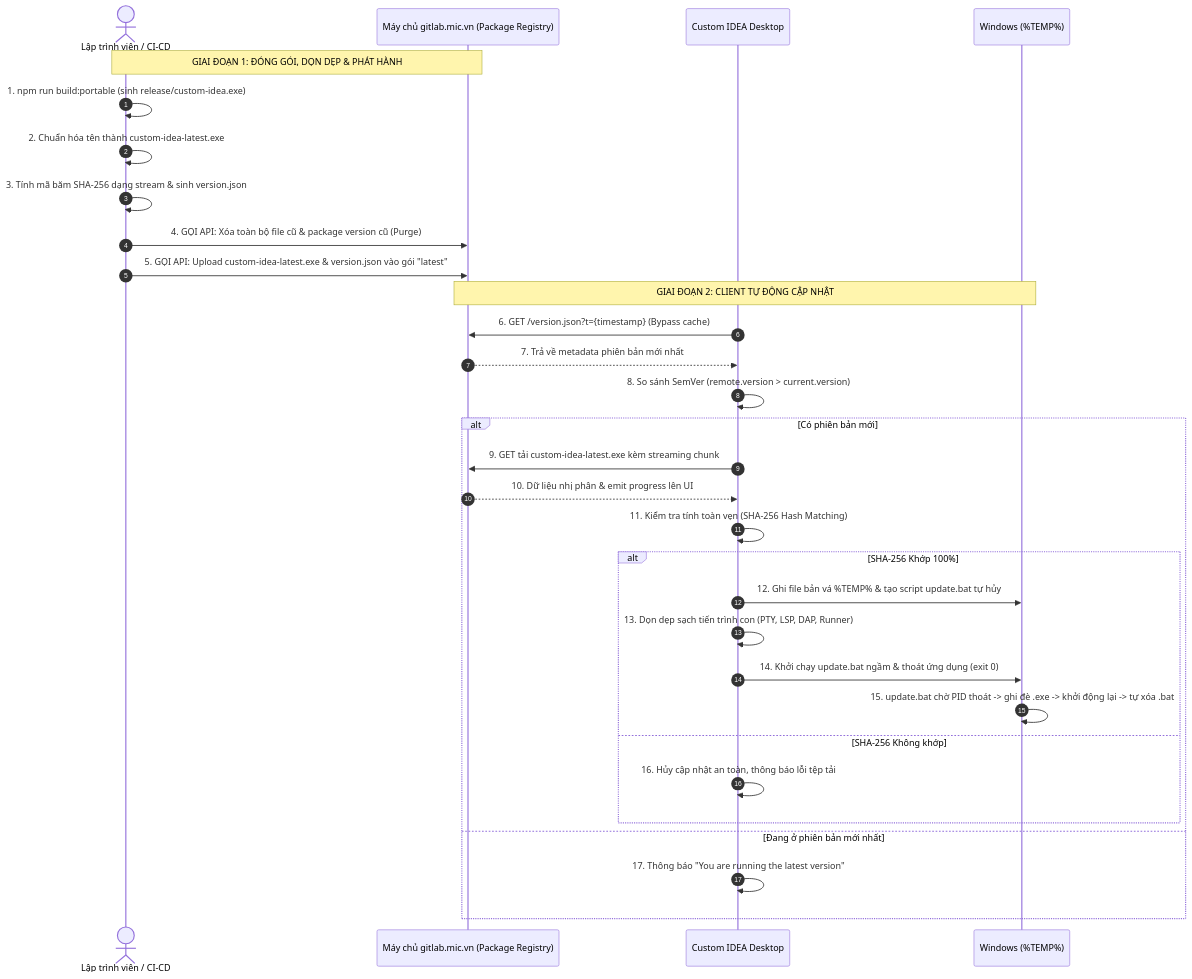
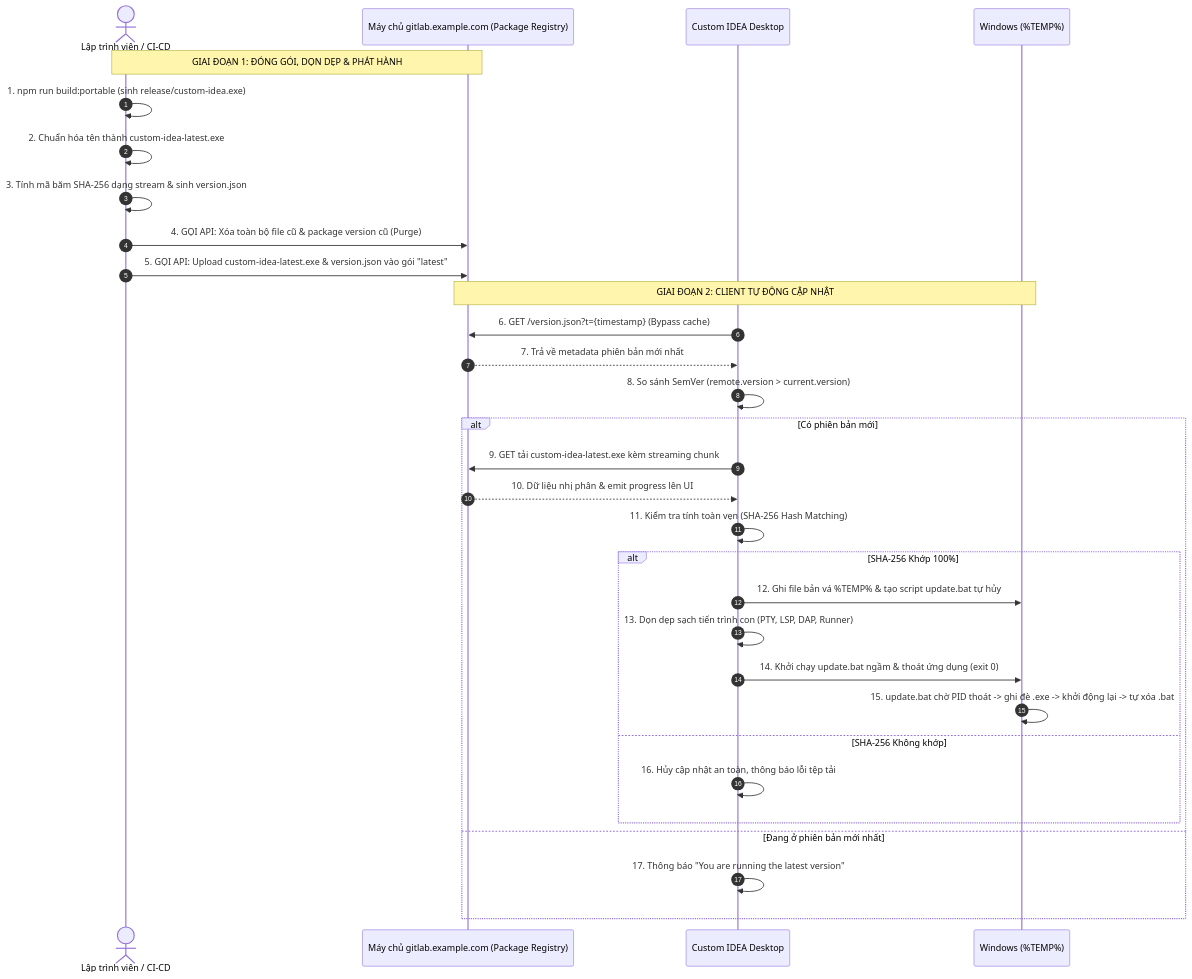
The diagram in plans/auto-update-system/plan.md (TungTn/Custom-IDEA), drawn with Mermaid before and after one commit. The commit also changed other lines of this file and 20 other files, not shown here.

````diff
--- a/plans/auto-update-system/plan.md
+++ b/plans/auto-update-system/plan.md
@@ -50,37 +50,37 @@
 ```mermaid
 sequenceDiagram
     autonumber
     actor Dev as Lập trình viên / CI-CD
-    participant Git as Máy chủ gitlab.mic.vn (Package Registry)
+    participant Git as Máy chủ gitlab.example.com (Package Registry)
     participant Client as Custom IDEA Desktop
     participant OS as Windows (%TEMP%)
 
     Note over Dev,Git: GIAI ĐOẠN 1: ĐÓNG GÓI, DỌN DẸP & PHÁT HÀNH
     Dev->>Dev: 1. npm run build:portable (sinh release/custom-idea.exe)
     Dev->>Dev: 2. Chuẩn hóa tên thành custom-idea-latest.exe
     Dev->>Dev: 3. Tính mã băm SHA-256 dạng stream & sinh version.json
     Dev->>Git: 4. GỌI API: Xóa toàn bộ file cũ & package version cũ (Purge)
     Dev->>Git: 5. GỌI API: Upload custom-idea-latest.exe & version.json vào gói "latest"
 
     Note over Git,OS: GIAI ĐOẠN 2: CLIENT TỰ ĐỘNG CẬP NHẬT
     Client->>Git: 6. GET /version.json?t={timestamp} (Bypass cache)
     Git-->>Client: 7. Trả về metadata phiên bản mới nhất
     Client->>Client: 8. So sánh SemVer (remote.version > current.version)
     
     alt Có phiên bản mới
         Client->>Git: 9. GET tải custom-idea-latest.exe kèm streaming chunk
         Git-->>Client: 10. Dữ liệu nhị phân & emit progress lên UI
         Client->>Client: 11. Kiểm tra tính toàn vẹn (SHA-256 Hash Matching)
         
         alt SHA-256 Khớp 100%
             Client->>OS: 12. Ghi file bản vá %TEMP% & tạo script update.bat tự hủy
             Client->>Client: 13. Dọn dẹp sạch tiến trình con (PTY, LSP, DAP, Runner)
             Client->>OS: 14. Khởi chạy update.bat ngầm & thoát ứng dụng (exit 0)
             OS->>OS: 15. update.bat chờ PID thoát -> ghi đè .exe -> khởi động lại -> tự xóa .bat
         else SHA-256 Không khớp
             Client->>Client: 16. Hủy cập nhật an toàn, thông báo lỗi tệp tải
         end
     else Đang ở phiên bản mới nhất
         Client->>Client: 17. Thông báo "You are running the latest version"
     end
 ```
````
